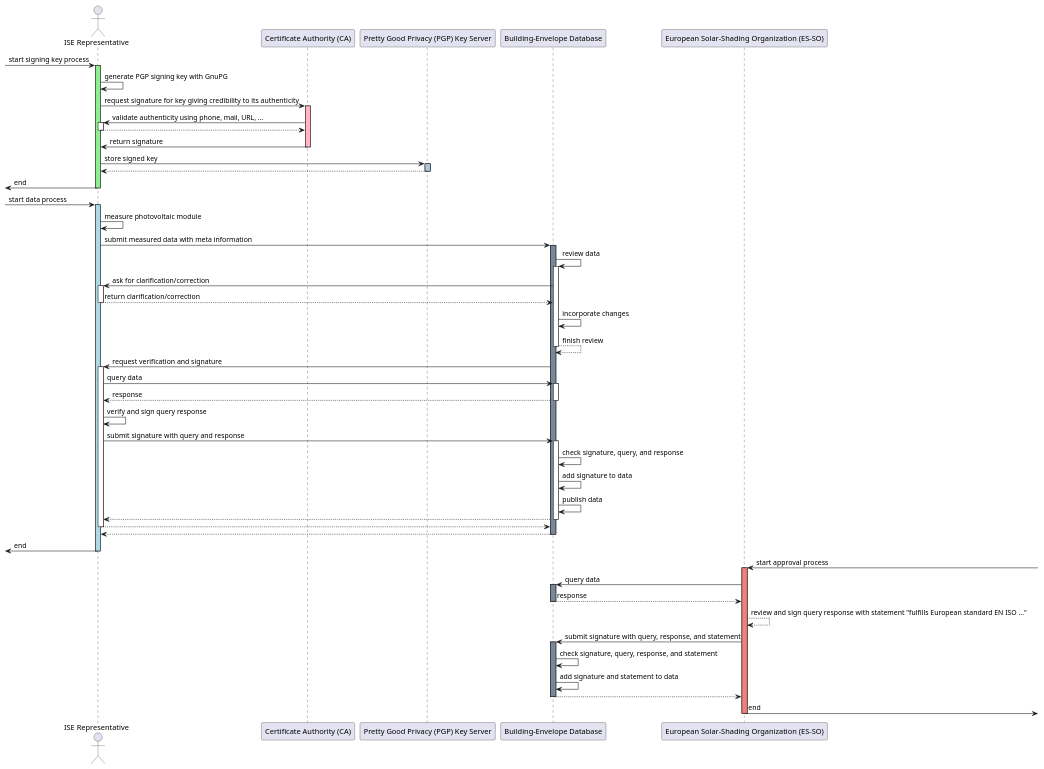
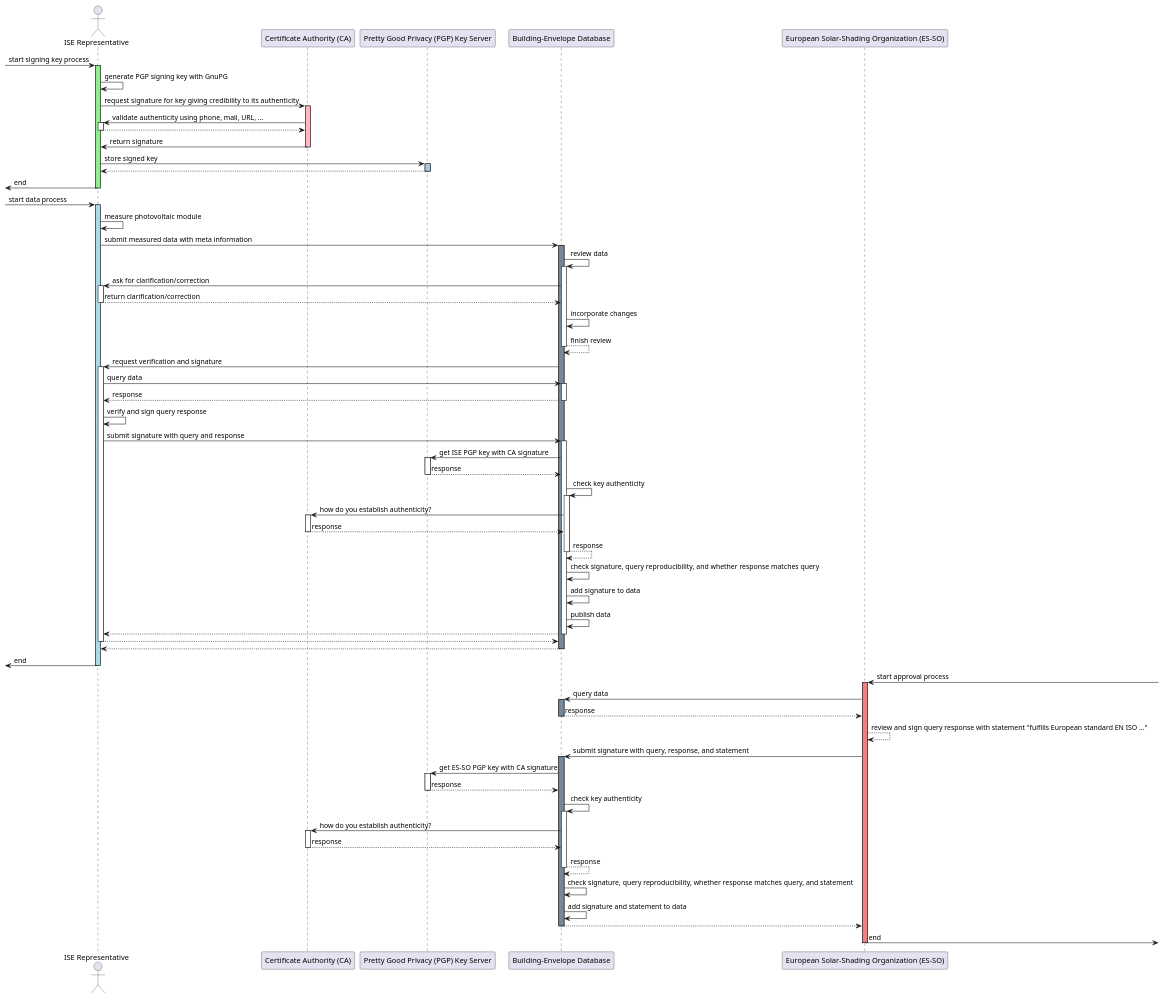
One commit to building-envelope-data/metabase changed the diagram in diagrams/approvals.puml. Above: the diagram before and after it, drawn with PlantUML.

Commit message:
Extend signature submission process by fetching keys from key servers and checking authenticity through authorities

```diff
--- a/diagrams/approvals.puml
+++ b/diagrams/approvals.puml
@@ -1,86 +1,114 @@
 @startuml "Approvals"
 
 actor "ISE Representative" as User
 participant "Certificate Authority (CA)" as CertificateAuthority
 participant "Pretty Good Privacy (PGP) Key Server" as PgpKeyServer
 participant "Building-Envelope Database" as Database
 participant "European Solar-Shading Organization (ES-SO)" as Esso
 
 [-> User: start signing key process
 activate User #LightGreen
     User -> User: generate PGP signing key with GnuPG
 
     User -> CertificateAuthority: request signature for key giving credibility to its authenticity
     activate CertificateAuthority #LightPink
         CertificateAuthority -> User: validate authenticity using phone, mail, URL, ...
         activate User
         User --> CertificateAuthority
         deactivate User
     CertificateAuthority -> User: return signature
     deactivate CertificateAuthority
 
     User -> PgpKeyServer: store signed key
     activate PgpKeyServer #LightSteelBlue
     PgpKeyServer --> User
     deactivate PgpKeyServer
 [<- User: end
 deactivate User
 
 [-> User: start data process
 activate User #LightBlue
     User -> User: measure photovoltaic module
 
     User -> Database: submit measured data with meta information
     activate Database #LightSlateGray
         Database -> Database: review data
         activate Database
             Database -> User: ask for clarification/correction
             activate User
             User --> Database: return clarification/correction
             deactivate User
             Database -> Database: incorporate changes
         Database --> Database: finish review
         deactivate Database
 
         Database -> User: request verification and signature
         activate User
             User -> Database: query data
             activate Database
             Database --> User: response
             deactivate Database
 
             User -> User: verify and sign query response
 
             User -> Database: submit signature with query and response
             activate Database
-                Database -> Database: check signature, query, and response
+                Database -> PgpKeyServer: get ISE PGP key with CA signature
+                activate PgpKeyServer
+                PgpKeyServer --> Database: response
+                deactivate PgpKeyServer
+
+                Database -> Database: check key authenticity
+                activate Database
+                    Database -> CertificateAuthority: how do you establish authenticity?
+                    activate CertificateAuthority
+                    CertificateAuthority --> Database: response
+                    deactivate CertificateAuthority
+                Database --> Database: response
+                deactivate Database
+
+                Database -> Database: check signature, query reproducibility, and whether response matches query
                 Database -> Database: add signature to data
                 Database -> Database: publish data
             Database --> User
             deactivate Database
         User --> Database
         deactivate User
     Database --> User
     deactivate Database
 [<- User: end
 deactivate User
 
 Esso <-]: start approval process
 activate Esso #LightCoral
     Database <- Esso: query data
     activate Database #LightSlateGray
     Database --> Esso: response
     deactivate Database
 
     Esso --> Esso: review and sign query response with statement "fulfills European standard EN ISO ..."
 
     Database <- Esso: submit signature with query, response, and statement
     activate Database #LightSlateGray
-        Database -> Database: check signature, query, response, and statement
+        Database -> PgpKeyServer: get ES-SO PGP key with CA signature
+        activate PgpKeyServer
+        PgpKeyServer --> Database: response
+        deactivate PgpKeyServer
+
+        Database -> Database: check key authenticity
+        activate Database
+            Database -> CertificateAuthority: how do you establish authenticity?
+            activate CertificateAuthority
+            CertificateAuthority --> Database: response
+            deactivate CertificateAuthority
+        Database --> Database: response
+        deactivate Database
+
+        Database -> Database: check signature, query reproducibility, whether response matches query, and statement
         Database -> Database: add signature and statement to data
     Database --> Esso
     deactivate Database
 Esso ->]: end
 deactivate Esso
 
 @enduml
```
